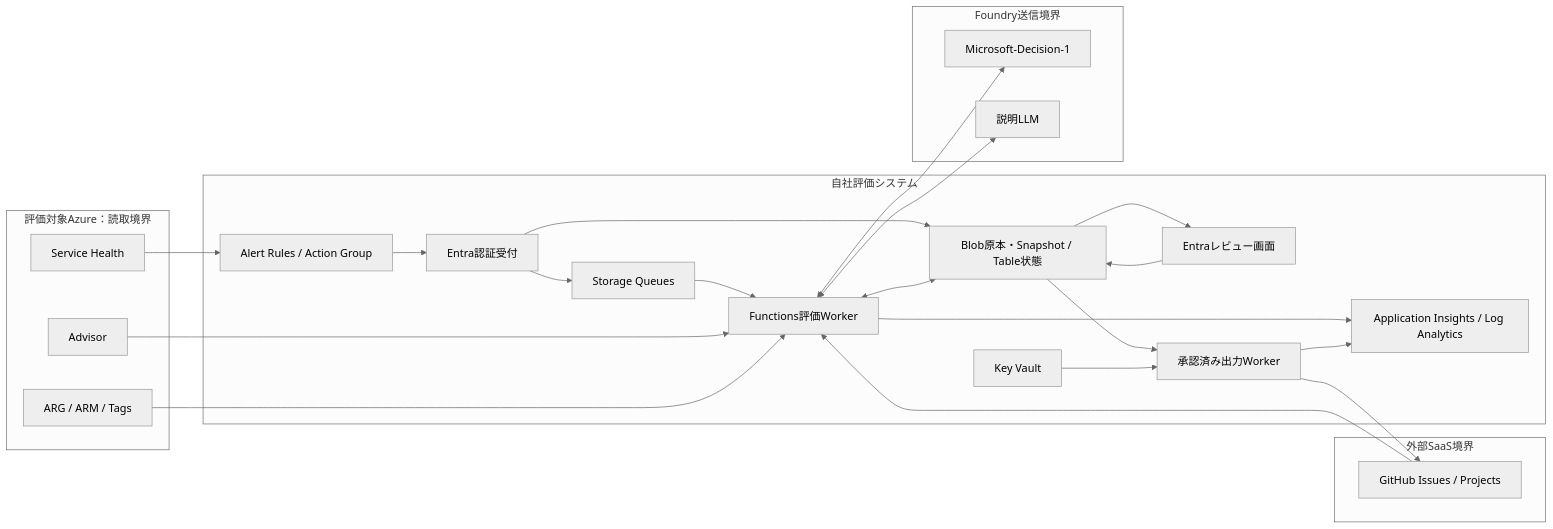
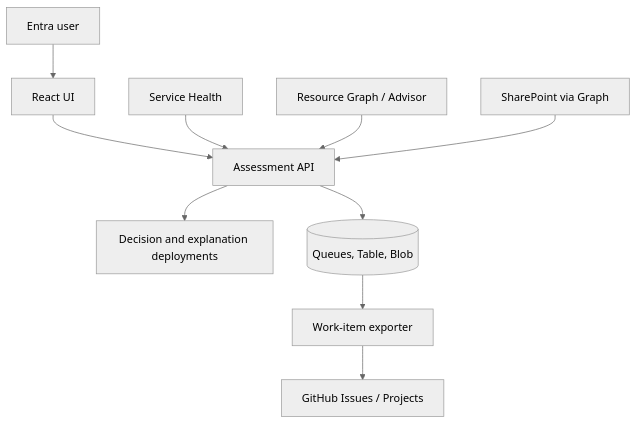
One commit to kdkwakaba/azure-retirement-planner changed the diagram in docs/design.md. Above: the diagram before and after it, drawn with Mermaid (neutral theme). The commit also changed other lines of this file and 21 other files, not shown here.

````diff
--- a/docs/design.md
+++ b/docs/design.md
@@ -145,39 +30,12 @@
 ```mermaid
-flowchart LR
-  subgraph Target[評価対象Azure：読取境界]
-    SH[Service Health]
-    AD[Advisor]
-    ARG[ARG / ARM / Tags]
-  end
-  subgraph System[自社評価システム]
-    AG[Alert Rules / Action Group]
-    IN[Entra認証受付]
-    Q[Storage Queues]
-    W[Functions評価Worker]
-    S[Blob原本・Snapshot / Table状態]
-    R[Entraレビュー画面]
-    O[承認済み出力Worker]
-    K[Key Vault]
-    M[Application Insights / Log Analytics]
-  end
-  subgraph Models[Foundry送信境界]
-    D[Microsoft-Decision-1]
-    L[説明LLM]
-  end
-  subgraph External[外部SaaS境界]
-    G[GitHub Issues / Projects]
-  end
-  SH --> AG --> IN --> Q --> W
-  IN --> S
-  AD --> W
-  ARG --> W
-  W <--> S
-  W <--> D
-  W <--> L
-  S --> R --> S
-  S --> O --> G
-  K --> O
-  W --> M
-  O --> M
-  G --> W
+flowchart TB
+  Reviewer[Entra user] --> UI[React UI]
+  UI --> API[Assessment API]
+  SH[Service Health] --> API
+  ARG[Resource Graph / Advisor] --> API
+  SP[SharePoint via Graph] --> API
+  API --> Models[Decision and explanation deployments]
+  API --> Store[(Queues, Table, Blob)]
+  Store --> Exporter[Work-item exporter]
+  Exporter --> GitHub[GitHub Issues / Projects]
 ```
````
